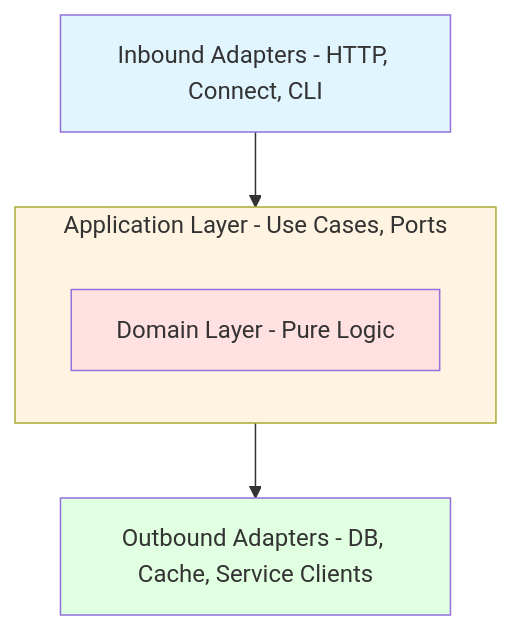
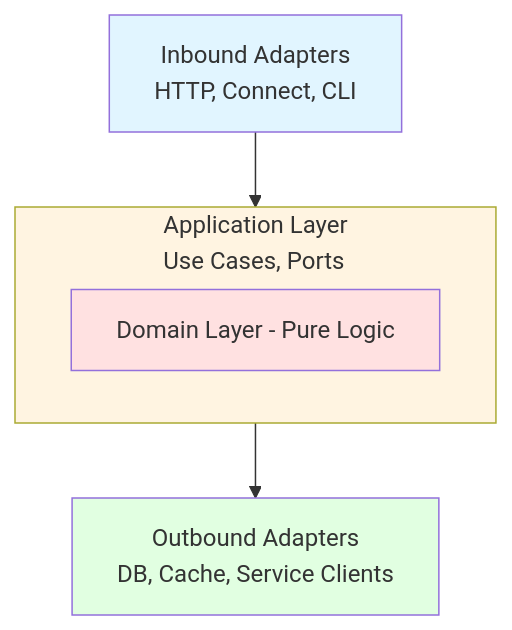
One commit to pivaldi/go-modular-monolith-white-paper changed the fifth of 7 diagrams in README.md. Above: the diagram before and after it, drawn with Mermaid. The commit also changed other lines of this file and 1 other file, not shown here.

````diff
--- a/README.md
+++ b/README.md
@@ -1186,19 +1186,19 @@
 ```mermaid
 %%{init: {'flowchart': {'subGraphTitleMargin': {'top': 0, 'bottom': 20}}}}%%
 graph TB
-    inbound["Inbound Adapters - HTTP, Connect, CLI"]
+    inbound["Inbound Adapters<br/>HTTP, Connect, CLI"]
 
-    subgraph application["Application Layer - Use Cases, Ports"]
+    subgraph application["Application Layer<br/>Use Cases, Ports"]
         domain["Domain Layer - Pure Logic"]
     end
 
-    outbound["Outbound Adapters - DB, Cache, Service Clients"]
+    outbound["Outbound Adapters<br/>DB, Cache, Service Clients"]
 
     inbound --> application
     application --> outbound
 
     style inbound fill:#e1f5ff
     style application fill:#fff4e1
     style domain fill:#ffe1e1
     style outbound fill:#e1ffe1
 ```
````
